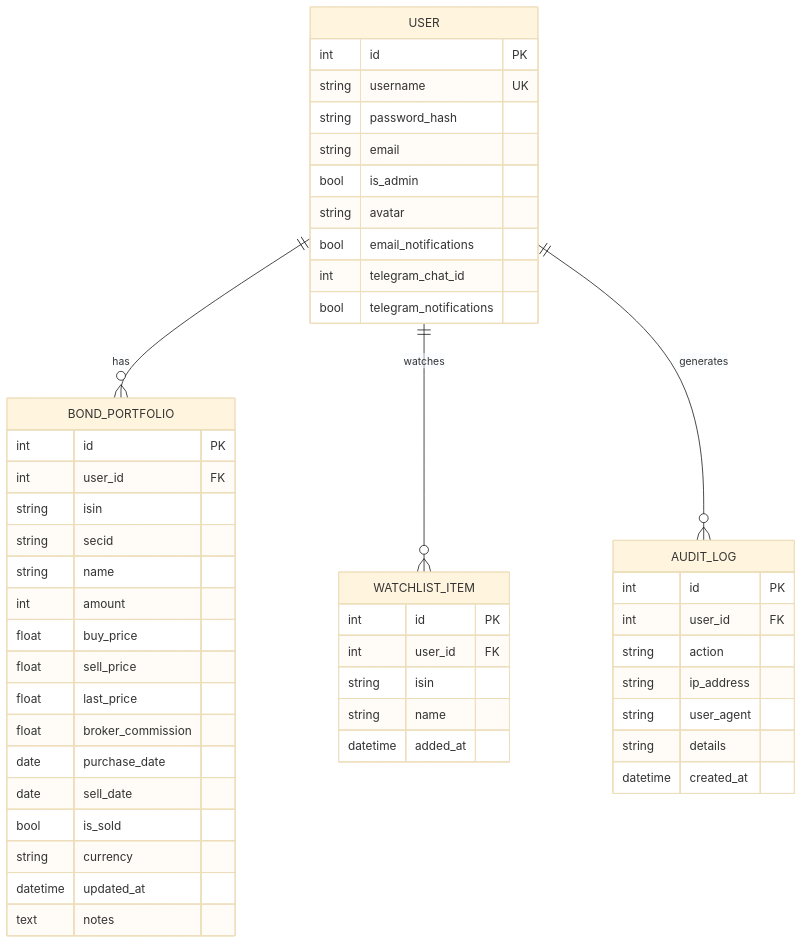
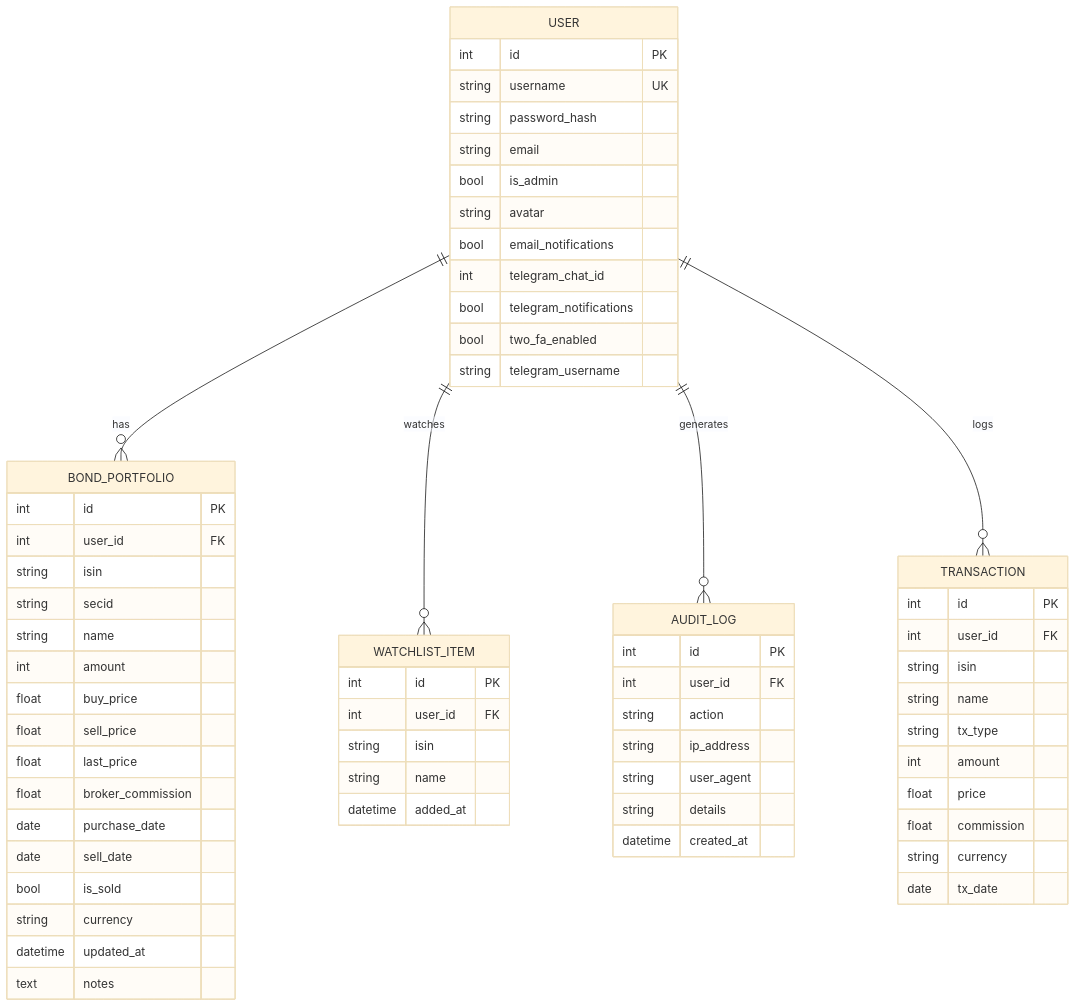
The third of 6 diagrams in docs/architecture.md (Kos5o4ka/my-fintech-app), drawn with Mermaid (base theme) before and after one commit. The commit also changed other lines of this file and 8 other files, not shown here.

````diff
--- a/docs/architecture.md
+++ b/docs/architecture.md
@@ -114,55 +114,71 @@
 ```mermaid
 erDiagram
     USER {
         int id PK
         string username UK
         string password_hash
         string email
         bool is_admin
         string avatar
         bool email_notifications
         int telegram_chat_id
         bool telegram_notifications
+        bool two_fa_enabled
+        string telegram_username
     }
 
     BOND_PORTFOLIO {
         int id PK
         int user_id FK
         string isin
         string secid
         string name
         int amount
         float buy_price
         float sell_price
         float last_price
         float broker_commission
         date purchase_date
         date sell_date
         bool is_sold
         string currency
         datetime updated_at
         text notes
     }
 
     WATCHLIST_ITEM {
         int id PK
         int user_id FK
         string isin
         string name
         datetime added_at
     }
 
     AUDIT_LOG {
         int id PK
         int user_id FK
         string action
         string ip_address
         string user_agent
         string details
         datetime created_at
     }
 
+    TRANSACTION {
+        int id PK
+        int user_id FK
+        string isin
+        string name
+        string tx_type
+        int amount
+        float price
+        float commission
+        string currency
+        date tx_date
+    }
+
     USER ||--o{ BOND_PORTFOLIO : "has"
     USER ||--o{ WATCHLIST_ITEM : "watches"
     USER ||--o{ AUDIT_LOG : "generates"
+    USER ||--o{ TRANSACTION : "logs"
 ```
````
